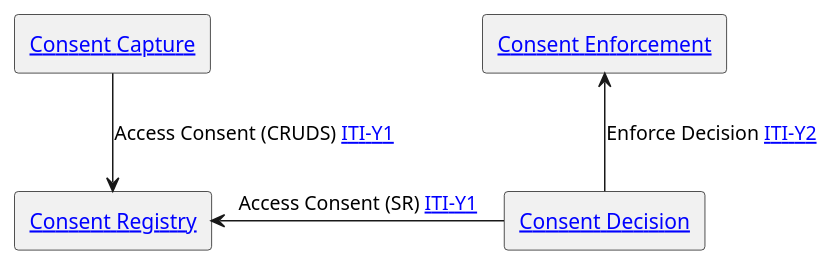
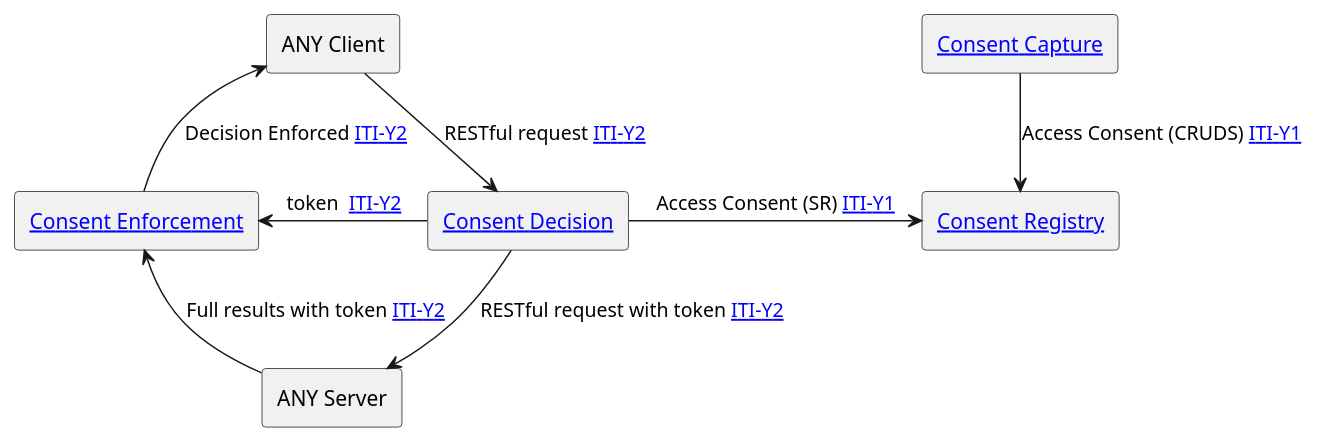
Before and after one commit to IHE/ITI.PCF: the diagram in input/images-source/ActorsAndTransactions.plantuml, drawn with PlantUML.

Commit message:
passthru actor diagram

```diff
--- a/input/images-source/ActorsAndTransactions.plantuml
+++ b/input/images-source/ActorsAndTransactions.plantuml
@@ -1,9 +1,15 @@
 @startuml
 agent "[[#consentcapture Consent Capture]]" as capture
 agent "[[#consentregistry Consent Registry]]" as registry
 capture -down-> registry : "Access Consent (CRUDS) [[ITI-Y1.html ITI-Y1]]"
+agent "ANY Client" as client 
+agent "[[#consentdecision Consent Decision]]" as decision
+agent "ANY Server" as server 
 agent "[[#consentenforce Consent Enforcement]]" as enforce
-agent "[[#consentdecision Consent Decision]]" as decision
-enforce <-down- decision : "Enforce Decision [[ITI-Y2.html ITI-Y2]]"
-decision -left-> registry: "Access Consent (SR) [[ITI-Y1.html ITI-Y1]]"
+client -down-> decision : "RESTful request [[ITI-Y2.html ITI-Y2]]"
+decision -right-> registry: "Access Consent (SR) [[ITI-Y1.html ITI-Y1]]"
+decision -down-> server : "RESTful request with token [[ITI-Y2.html ITI-Y2]]"
+decision --left--> enforce : "token  [[ITI-Y2.html ITI-Y2]]"
+server -up-> enforce : "Full results with token [[ITI-Y2.html ITI-Y2]]"
+enforce -up-> client : "Decision Enforced [[ITI-Y2.html ITI-Y2]]"
 @enduml
```
